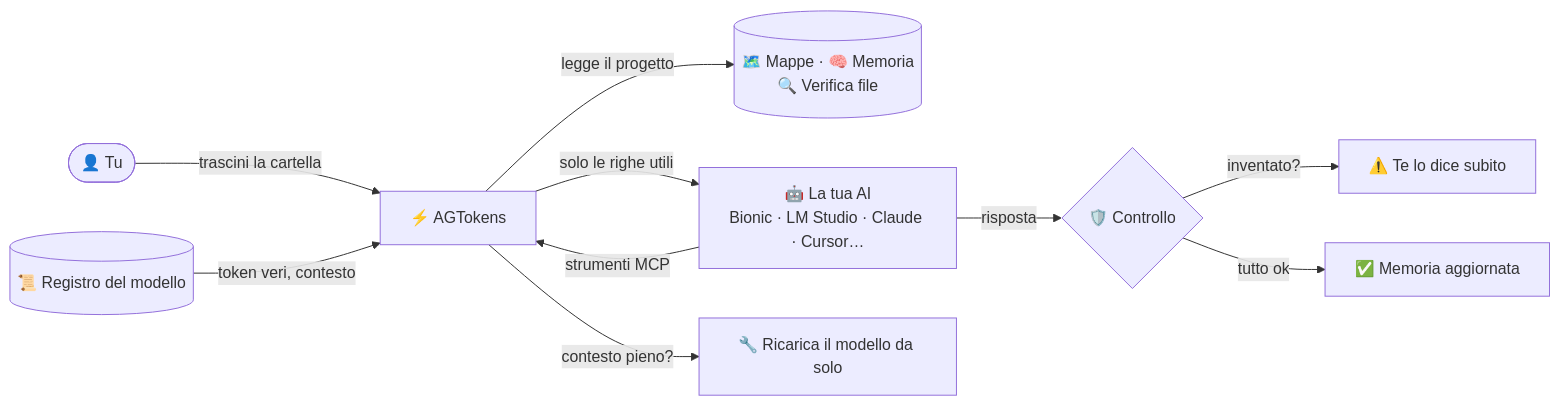
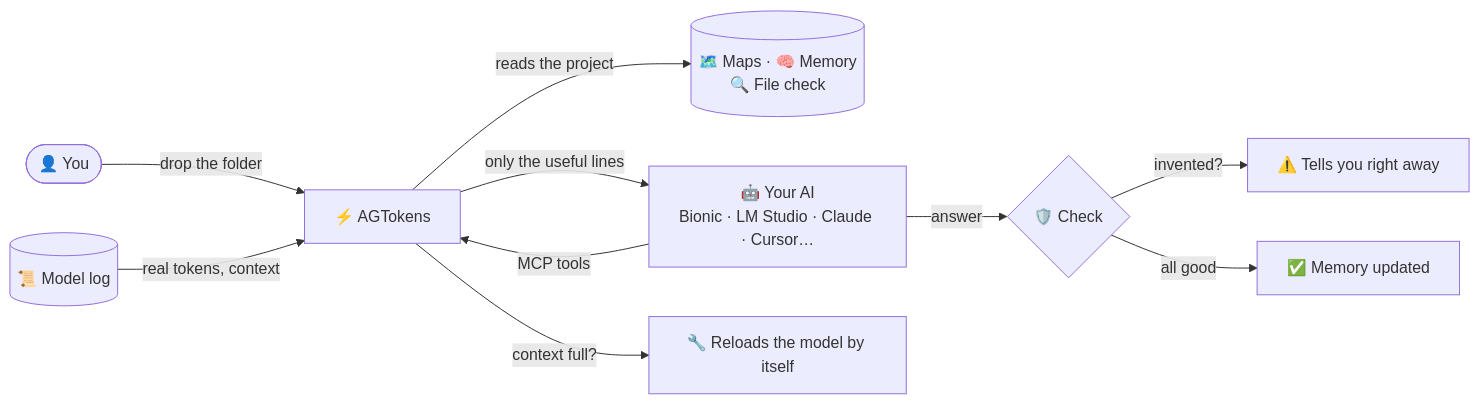
The diagram in README.md (cPeps/AGTokens), drawn with Mermaid before and after one commit. The commit also changed other lines of this file, not shown here.

````diff
--- a/README.md
+++ b/README.md
@@ -82,12 +82,12 @@
 ```mermaid
 flowchart LR
-    U([👤 Tu]) -- trascini la cartella --> A[⚡ AGTokens]
-    A -- legge il progetto --> M[(🗺️ Mappe · 🧠 Memoria<br/>🔍 Verifica file)]
-    AI[🤖 La tua AI<br/>Bionic · LM Studio · Claude · Cursor…] -- strumenti MCP --> A
-    A -- solo le righe utili --> AI
-    AI -- risposta --> V{🛡️ Controllo}
-    V -- inventato? --> W[⚠️ Te lo dice subito]
-    V -- tutto ok --> OK[✅ Memoria aggiornata]
-    L[(📜 Registro del modello)] -- token veri, contesto --> A
-    A -- contesto pieno? --> F[🔧 Ricarica il modello da solo]
+    U([👤 You]) -- drop the folder --> A[⚡ AGTokens]
+    A -- reads the project --> M[(🗺️ Maps · 🧠 Memory<br/>🔍 File check)]
+    AI[🤖 Your AI<br/>Bionic · LM Studio · Claude · Cursor…] -- MCP tools --> A
+    A -- only the useful lines --> AI
+    AI -- answer --> V{🛡️ Check}
+    V -- invented? --> W[⚠️ Tells you right away]
+    V -- all good --> OK[✅ Memory updated]
+    L[(📜 Model log)] -- real tokens, context --> A
+    A -- context full? --> F[🔧 Reloads the model by itself]
 ```
````
